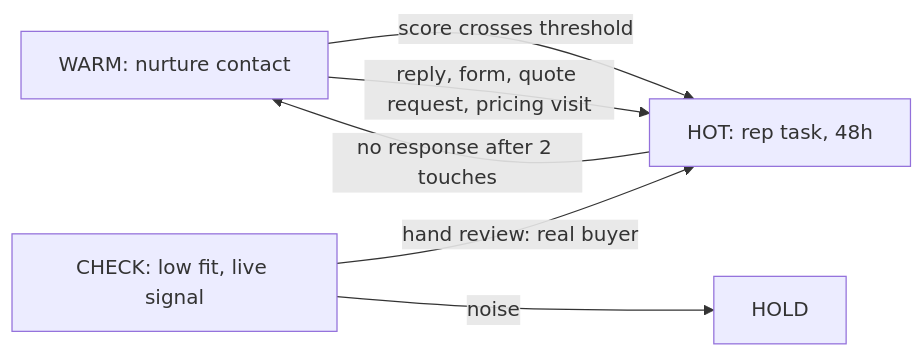
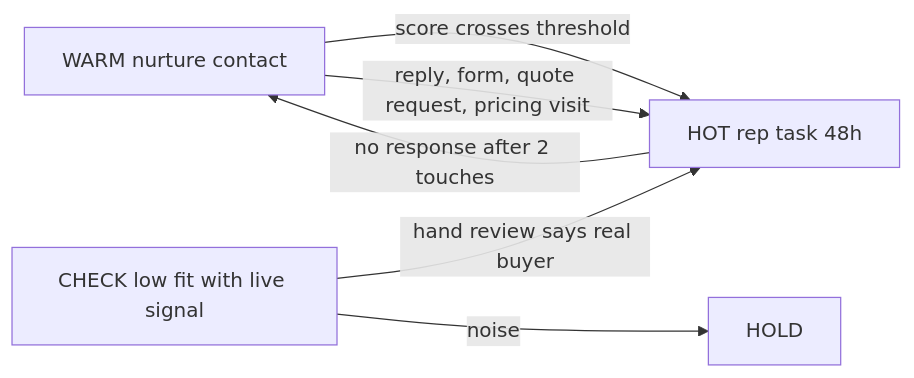
The second of 2 diagrams in 01-outbound-gtm-engine/diagrams/routing_matrix.md (rbanola1/GTM-Strategy), drawn with Mermaid before and after one commit. The commit also changed other lines of this file, not shown here.

Commit message:
Fix quadrant chart labels so it renders on GitHub

````diff
--- a/01-outbound-gtm-engine/diagrams/routing_matrix.md
+++ b/01-outbound-gtm-engine/diagrams/routing_matrix.md
@@ -20,8 +20,8 @@
 ```mermaid
 flowchart LR
-    W[WARM: nurture contact] -->|score crosses threshold| H[HOT: rep task, 48h]
+    W[WARM nurture contact] -->|score crosses threshold| H[HOT rep task 48h]
     W -->|reply, form, quote request, pricing visit| H
-    K[CHECK: low fit, live signal] -->|hand review: real buyer| H
+    K[CHECK low fit with live signal] -->|hand review says real buyer| H
     K -->|noise| X[HOLD]
     H -->|no response after 2 touches| W
 ```
````
